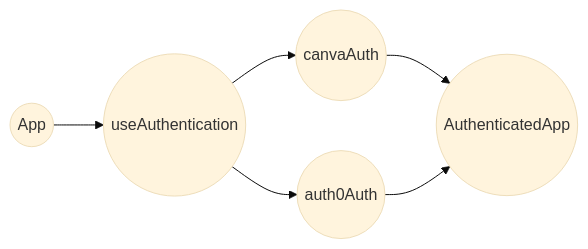
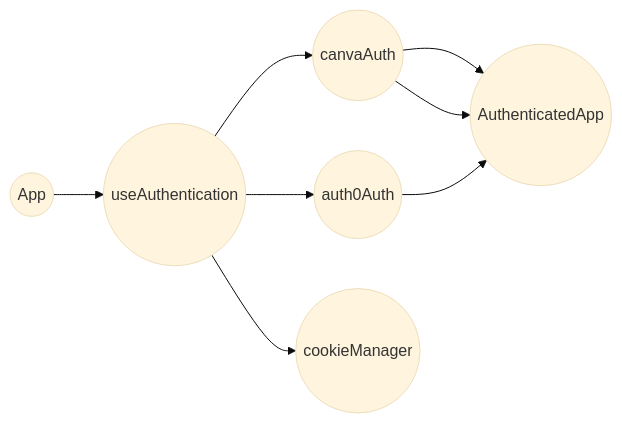
The first of 9 diagrams in designAuthentication.md (DannyGZhang/NFT-market-palce-system-design), drawn with Mermaid (base theme) before and after one commit. The commit also changed other lines of this file, not shown here.

````diff
--- a/designAuthentication.md
+++ b/designAuthentication.md
@@ -7,8 +7,10 @@
 ```mermaid
 graph LR
     App((App)) --> useAuthentication((useAuthentication))
     useAuthentication --> canvaAuth((canvaAuth))
     useAuthentication --> auth0Auth((auth0Auth))
     canvaAuth --> AuthenticatedApp((AuthenticatedApp))
+    useAuthentication --> cookieManager((cookieManager))
+    canvaAuth --> AuthenticatedApp((AuthenticatedApp))
     auth0Auth --> AuthenticatedApp
 ```
````
